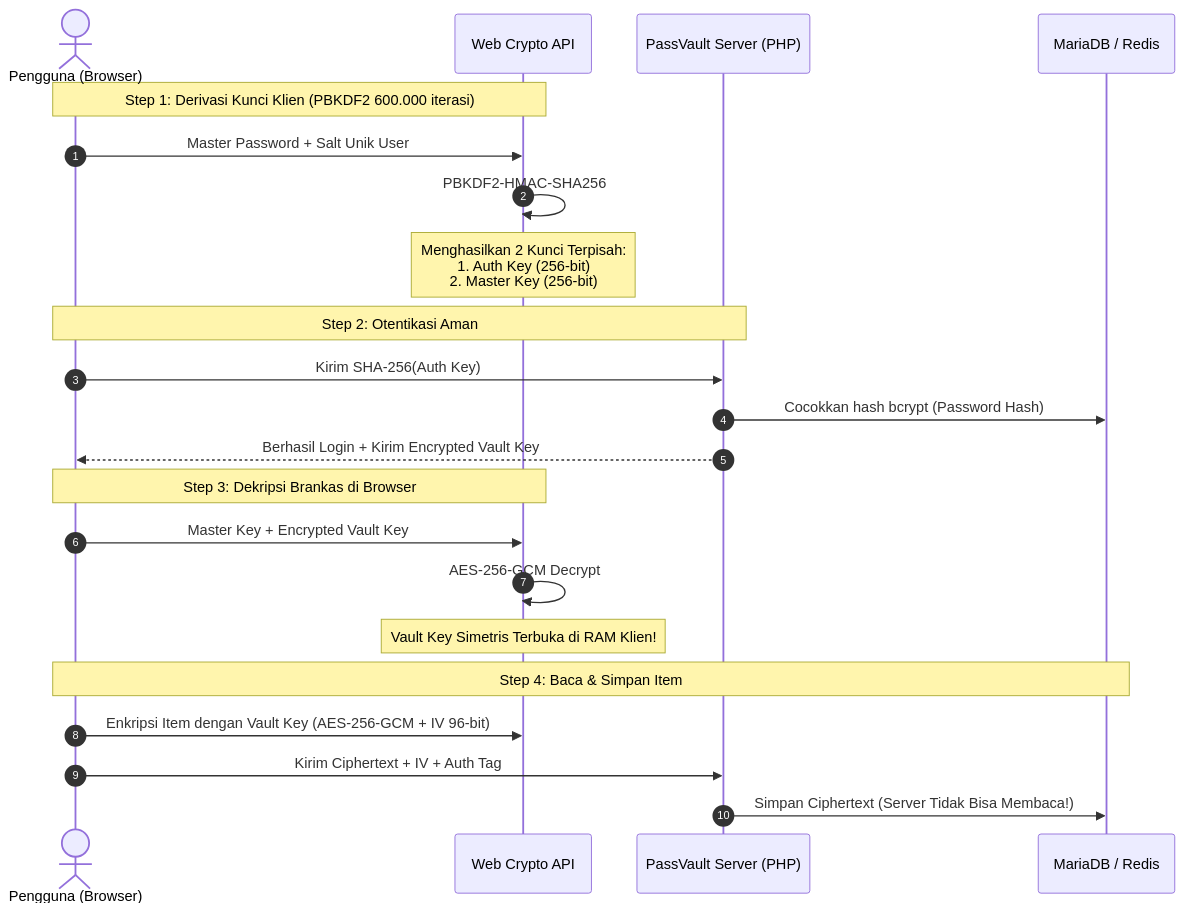
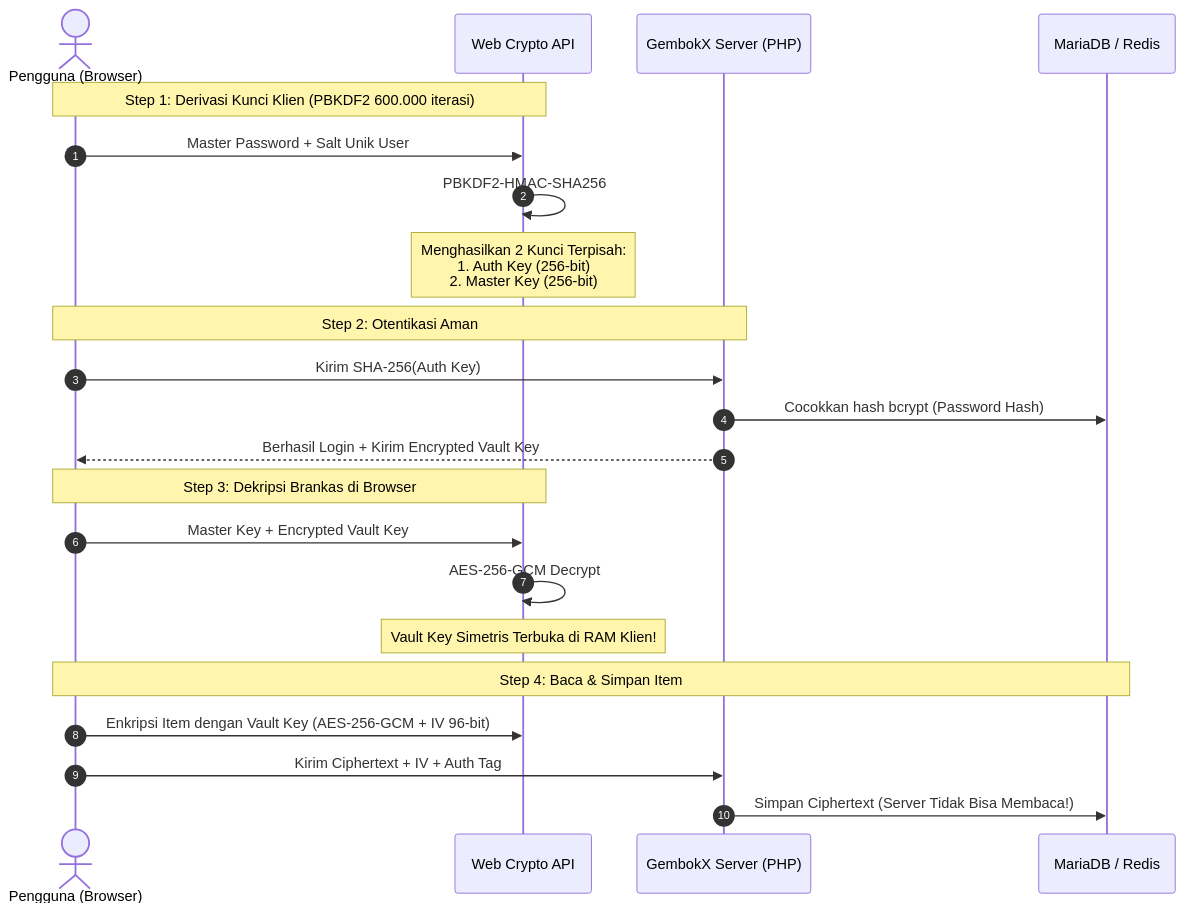
One commit to frambudi75/GembokX changed the diagram in README.md. Above: the diagram before and after it, drawn with Mermaid. The commit also changed other lines of this file and 27 other files, not shown here.

Commit message:
feat(branding): rebrand PassVault to GembokX with new transparent logo, icons, and metadata

````diff
--- a/README.md
+++ b/README.md
@@ -40,28 +40,28 @@
 ```mermaid
 sequenceDiagram
     autonumber
     actor User as Pengguna (Browser)
     participant Crypto as Web Crypto API
-    participant Server as PassVault Server (PHP)
+    participant Server as GembokX Server (PHP)
     participant DB as MariaDB / Redis
 
     Note over User,Crypto: Step 1: Derivasi Kunci Klien (PBKDF2 600.000 iterasi)
     User->>Crypto: Master Password + Salt Unik User
     Crypto->>Crypto: PBKDF2-HMAC-SHA256
     Note over Crypto: Menghasilkan 2 Kunci Terpisah:<br/>1. Auth Key (256-bit)<br/>2. Master Key (256-bit)
     
     Note over User,Server: Step 2: Otentikasi Aman
     User->>Server: Kirim SHA-256(Auth Key)
     Server->>DB: Cocokkan hash bcrypt (Password Hash)
     Server-->>User: Berhasil Login + Kirim Encrypted Vault Key
 
     Note over User,Crypto: Step 3: Dekripsi Brankas di Browser
     User->>Crypto: Master Key + Encrypted Vault Key
     Crypto->>Crypto: AES-256-GCM Decrypt
     Note over Crypto: Vault Key Simetris Terbuka di RAM Klien!
     
     Note over User,DB: Step 4: Baca & Simpan Item
     User->>Crypto: Enkripsi Item dengan Vault Key (AES-256-GCM + IV 96-bit)
     User->>Server: Kirim Ciphertext + IV + Auth Tag
     Server->>DB: Simpan Ciphertext (Server Tidak Bisa Membaca!)
 ```
````
